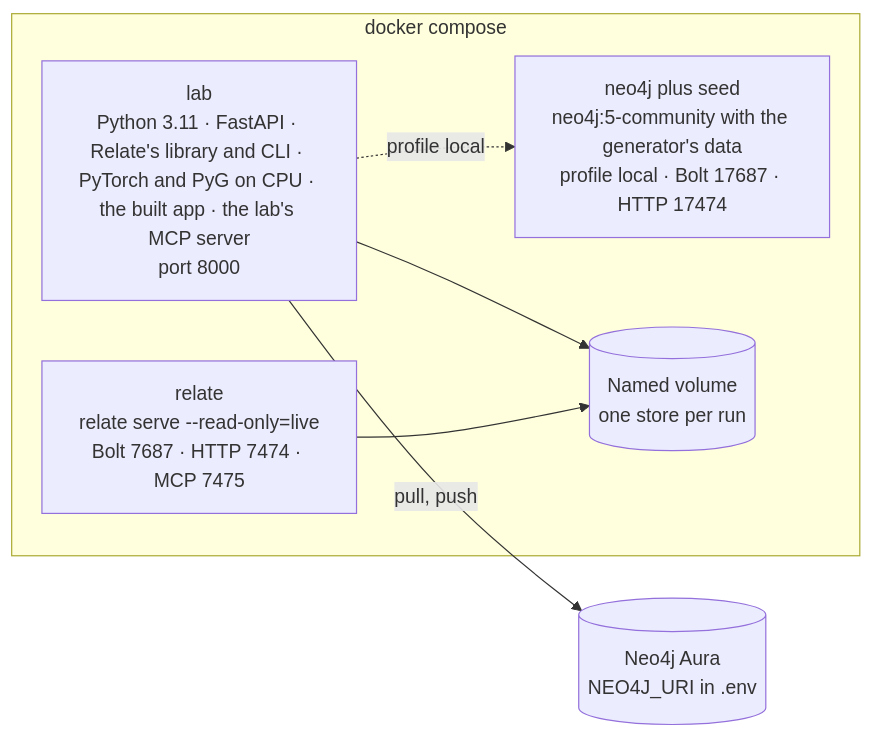
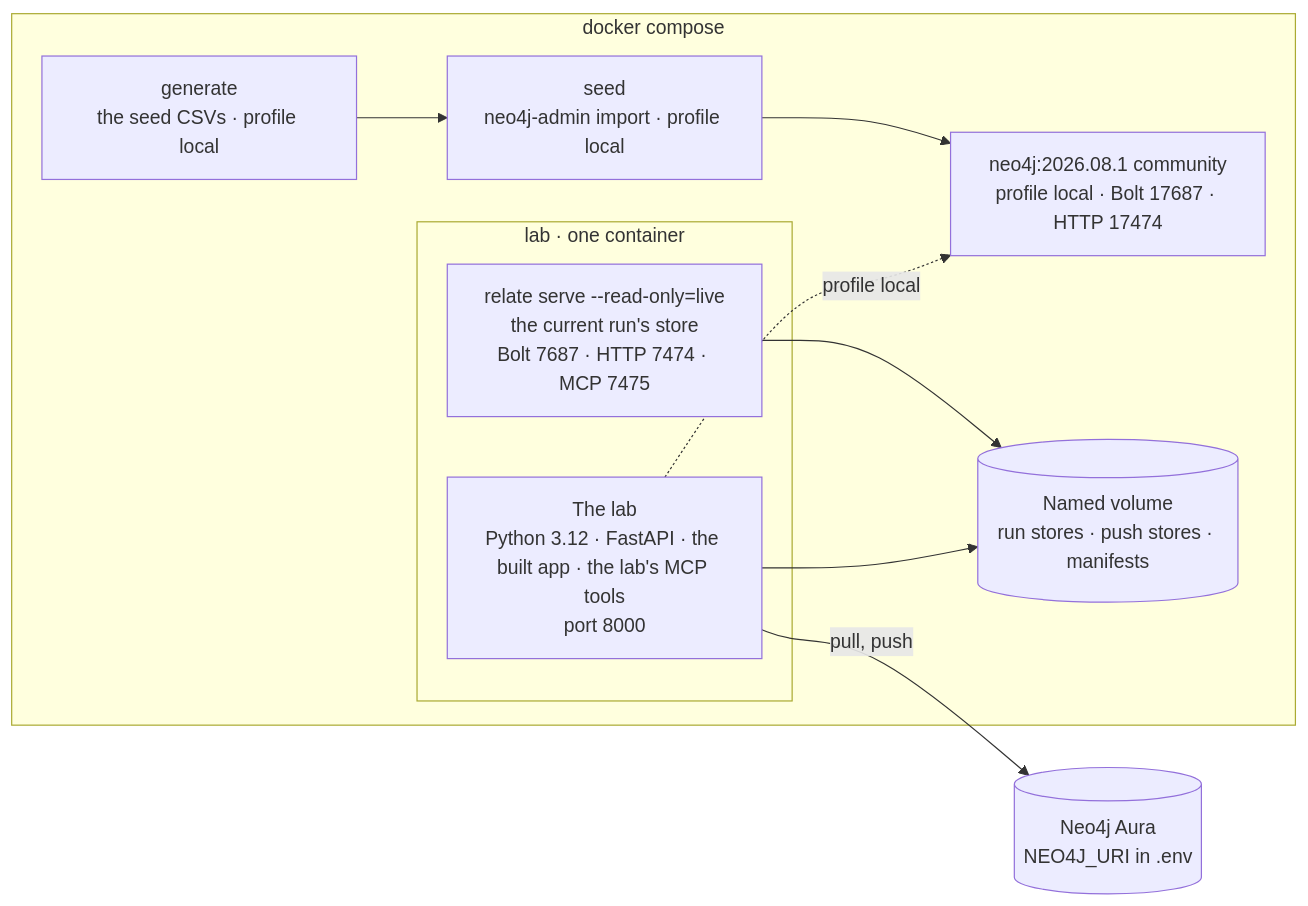
The diagram in architecture-docs/07-what-runs-where.md (EastridgeAnalytics/subgraph-lab), drawn with Mermaid before and after one commit. The commit also changed other lines of this file and 143 other files, not shown here.

````diff
--- a/architecture-docs/07-what-runs-where.md
+++ b/architecture-docs/07-what-runs-where.md
@@ -6,14 +6,19 @@
 ```mermaid
 flowchart LR
   subgraph compose["docker compose"]
-    lab["lab<br/>Python 3.11 · FastAPI · Relate's library and CLI · PyTorch and PyG on CPU · the built app · the lab's MCP server<br/>port 8000"]
-    relate["relate<br/>relate serve --read-only=live<br/>Bolt 7687 · HTTP 7474 · MCP 7475"]
-    neo4j["neo4j plus seed<br/>neo4j:5-community with the generator's data<br/>profile local · Bolt 17687 · HTTP 17474"]
-    vol[("Named volume<br/>one store per run")]
+    subgraph labc["lab · one container"]
+      api["The lab<br/>Python 3.12 · FastAPI · the built app · the lab's MCP tools<br/>port 8000"]
+      serve["relate serve --read-only=live<br/>the current run's store<br/>Bolt 7687 · HTTP 7474 · MCP 7475"]
+    end
+    gen["generate<br/>the seed CSVs · profile local"]
+    seed["seed<br/>neo4j-admin import · profile local"]
+    neo4j["neo4j:2026.08.1 community<br/>profile local · Bolt 17687 · HTTP 17474"]
+    vol[("Named volume<br/>run stores · push stores · manifests")]
   end
   aura[("Neo4j Aura<br/>NEO4J_URI in .env")]
-  lab --> vol
-  relate --> vol
-  lab -->|"pull, push"| aura
-  lab -.->|"profile local"| neo4j
+  api --> vol
+  serve --> vol
+  api -->|"pull, push"| aura
+  api -.->|"profile local"| neo4j
+  gen --> seed --> neo4j
 ```
````
